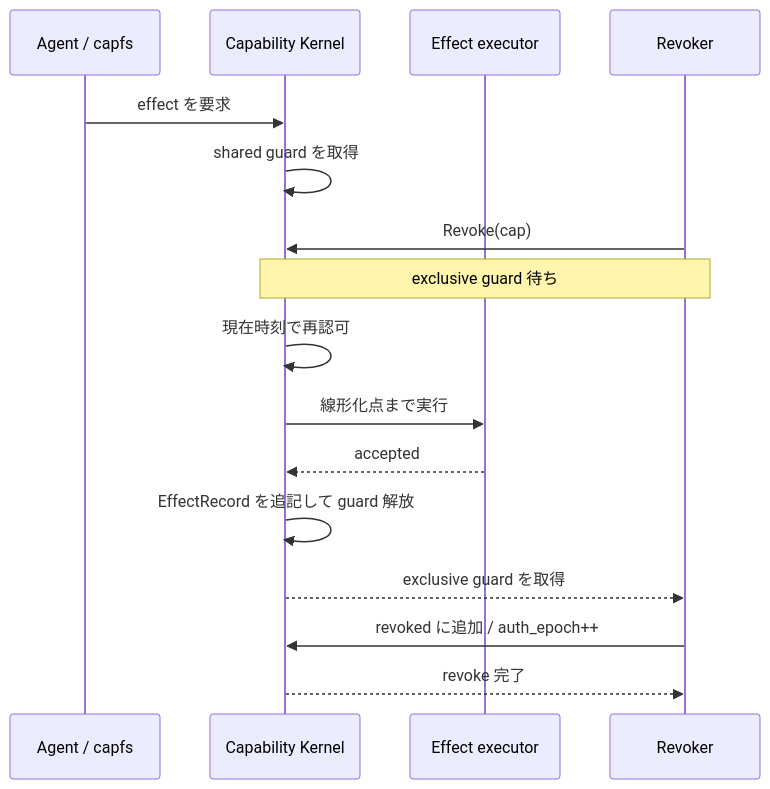
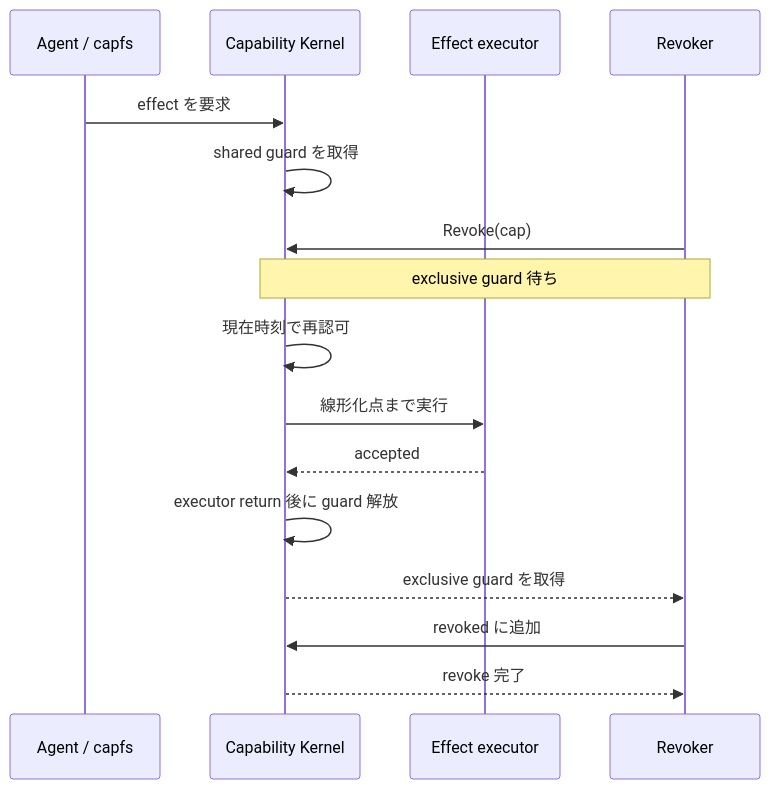
The third of 3 diagrams in docs/design/state-and-revocation.md (Aqua-218/SecCamp-AIAgent), drawn with Mermaid before and after one commit. The commit also changed other lines of this file and 10 other files, not shown here.

````diff
--- a/docs/design/state-and-revocation.md
+++ b/docs/design/state-and-revocation.md
@@ -88,19 +87,19 @@
 ```mermaid
 sequenceDiagram
     participant A as Agent / capfs
     participant K as Capability Kernel
     participant E as Effect executor
     participant R as Revoker
 
     A->>K: effect を要求
     K->>K: shared guard を取得
     R->>K: Revoke(cap)
     Note over R,K: exclusive guard 待ち
     K->>K: 現在時刻で再認可
     K->>E: 線形化点まで実行
     E-->>K: accepted
-    K->>K: EffectRecord を追記して guard 解放
+    K->>K: executor return 後に guard 解放
     K-->>R: exclusive guard を取得
-    R->>K: revoked に追加 / auth_epoch++
+    R->>K: revoked に追加
     K-->>R: revoke 完了
 ```
````
